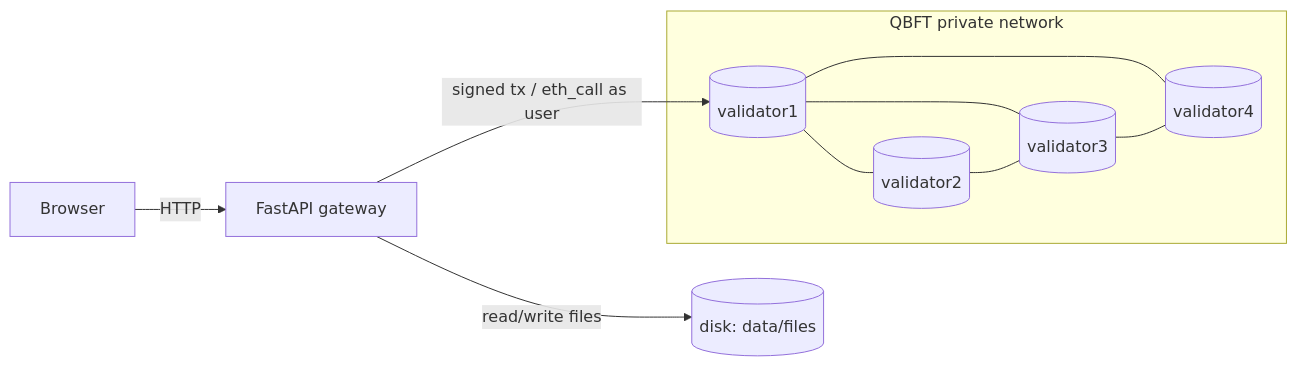
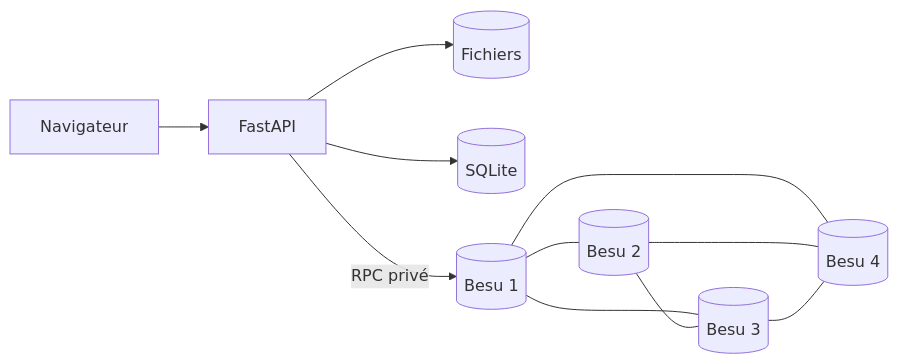
One commit to Sphertana/blockchainProject changed the diagram in README.md. Above: the diagram before and after it, drawn with Mermaid. The commit also changed other lines of this file and 35 other files, not shown here.

````diff
--- a/README.md
+++ b/README.md
@@ -27,17 +126,13 @@
 ```mermaid
 flowchart LR
-  U[Browser] -- HTTP --> API[FastAPI gateway]
-  API -- signed tx / eth_call as user --> V1[(validator1)]
-  V1 --- V2[(validator2)]
-  V1 --- V3[(validator3)]
-  V1 --- V4[(validator4)]
+  U[Navigateur] --> API[FastAPI]
+  API --> F[(Fichiers)]
+  API --> DB[(SQLite)]
+  API -- RPC privé --> V1[(Besu 1)]
+  V1 --- V2[(Besu 2)]
+  V1 --- V3[(Besu 3)]
+  V1 --- V4[(Besu 4)]
   V2 --- V3
+  V2 --- V4
   V3 --- V4
-  API -- read/write files --> D[(disk: data/files)]
-  subgraph QBFT private network
-    V1
-    V2
-    V3
-    V4
-  end
 ```
````
